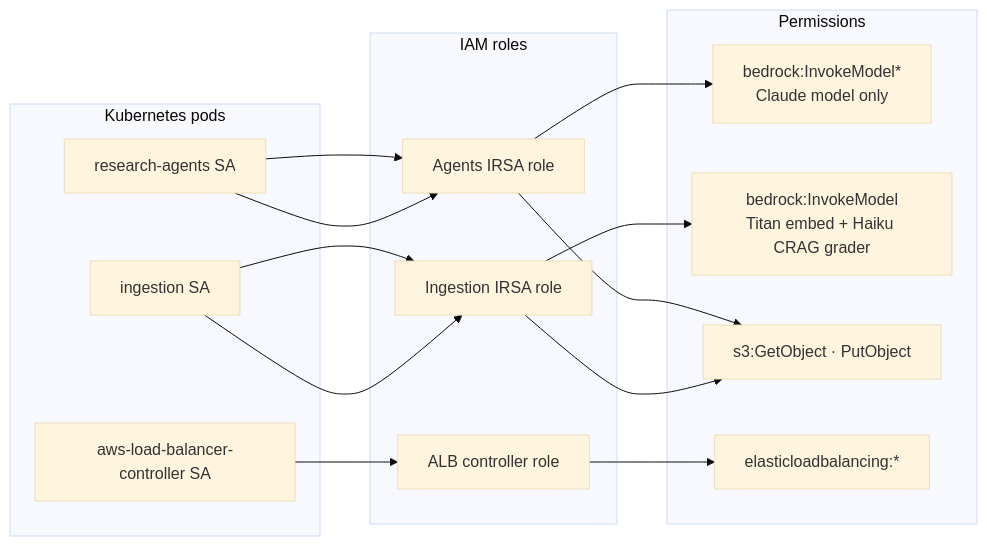
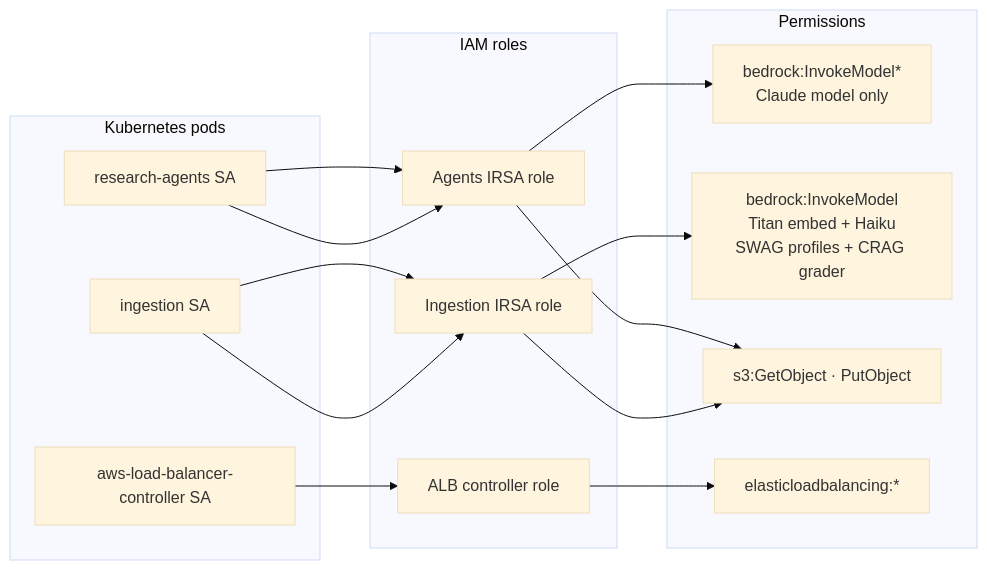
Before and after one commit to emguru/langrag: the sixth of 7 diagrams in docs/ARCHITECTURE_DIAGRAM.md, drawn with Mermaid (base theme). The commit also changed other lines of this file and 20 other files, not shown here.

First line of the commit message:
Add SWAG reranking layer with pipeline modes and updated architecture docs.

````diff
--- a/docs/ARCHITECTURE_DIAGRAM.md
+++ b/docs/ARCHITECTURE_DIAGRAM.md
@@ -240,27 +244,27 @@
 ```mermaid
 flowchart LR
   subgraph pods["Kubernetes pods"]
     A["research-agents SA"]
     I["ingestion SA"]
     ALB_SA["aws-load-balancer-controller SA"]
   end
 
   subgraph roles["IAM roles"]
     R1["Agents IRSA role"]
     R2["Ingestion IRSA role"]
     R3["ALB controller role"]
   end
 
   subgraph perms["Permissions"]
     P1["bedrock:InvokeModel*<br/>Claude model only"]
-    P2["bedrock:InvokeModel<br/>Titan embed + Haiku CRAG grader"]
+    P2["bedrock:InvokeModel<br/>Titan embed + Haiku<br/>SWAG profiles + CRAG grader"]
     P3["s3:GetObject · PutObject"]
     P4["elasticloadbalancing:*"]
   end
 
   A --> R1 --> P1
   A --> R1 --> P3
   I --> R2 --> P2
   I --> R2 --> P3
   ALB_SA --> R3 --> P4
 ```
````
